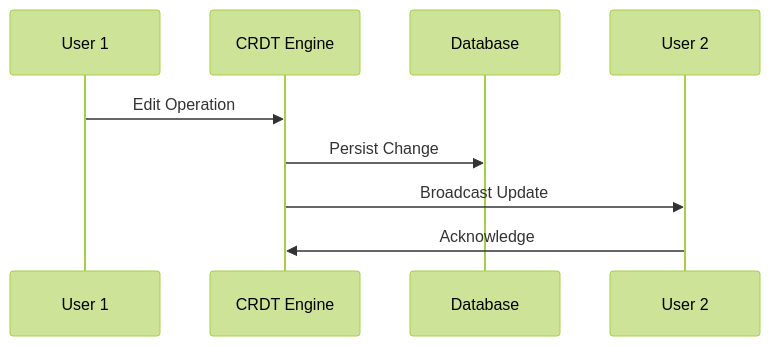
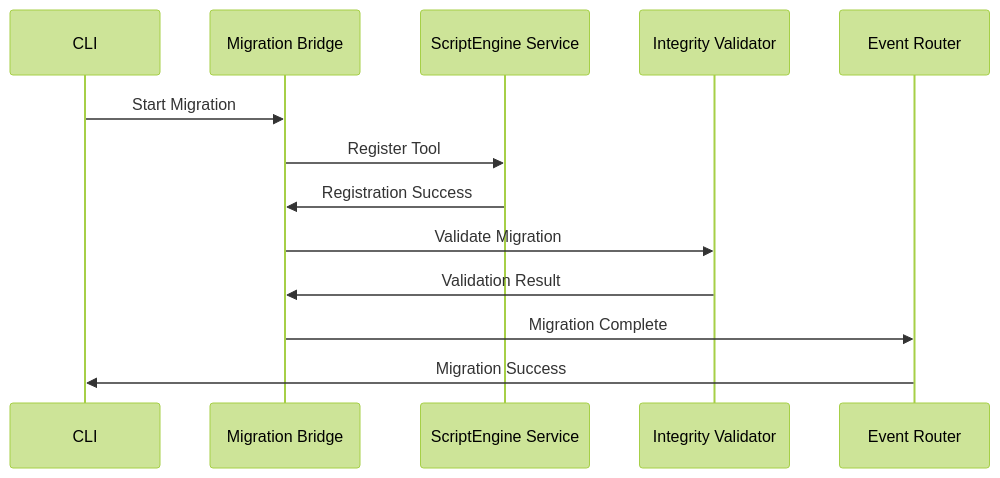
One commit to Mootikins/crucible changed the sixth of 6 diagrams in docs/ARCHITECTURE.md. Above: the diagram before and after it, drawn with Mermaid (forest theme). The commit also changed other lines of this file and 181 other files, not shown here.

````diff
--- a/docs/ARCHITECTURE.md
+++ b/docs/ARCHITECTURE.md
@@ -224,12 +280,16 @@
 ```mermaid
 sequenceDiagram
-    participant U1 as User 1
-    participant CRDT as CRDT Engine
-    participant DB as Database
-    participant U2 as User 2
+    participant CLI as CLI
+    participant Migration as Migration Bridge
+    participant ScriptEngine as ScriptEngine Service
+    participant Validation as Integrity Validator
+    participant Events as Event Router
 
-    U1->>CRDT: Edit Operation
-    CRDT->>DB: Persist Change
-    CRDT->>U2: Broadcast Update
-    U2->>CRDT: Acknowledge
+    CLI->>Migration: Start Migration
+    Migration->>ScriptEngine: Register Tool
+    ScriptEngine->>Migration: Registration Success
+    Migration->>Validation: Validate Migration
+    Validation->>Migration: Validation Result
+    Migration->>Events: Migration Complete
+    Events->>CLI: Migration Success
 ```
````
